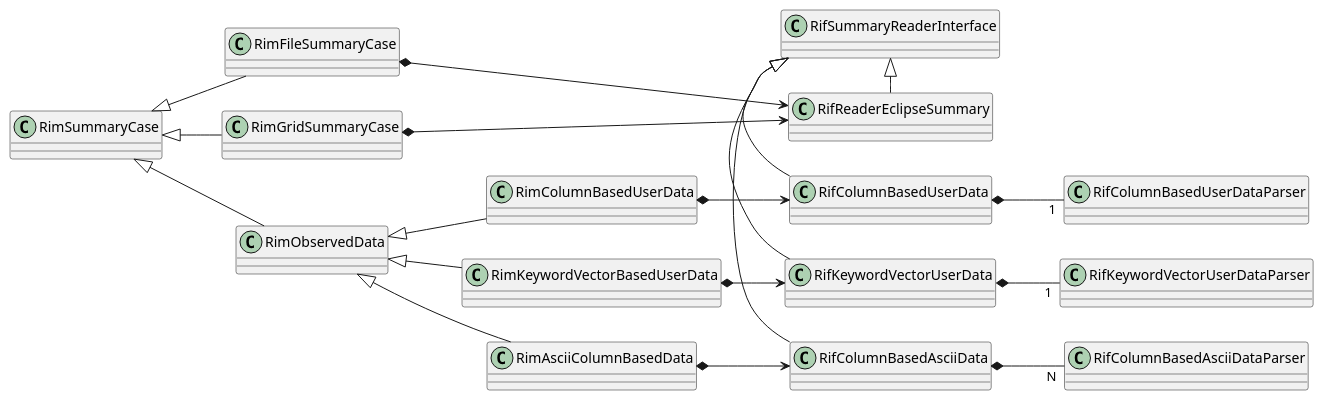
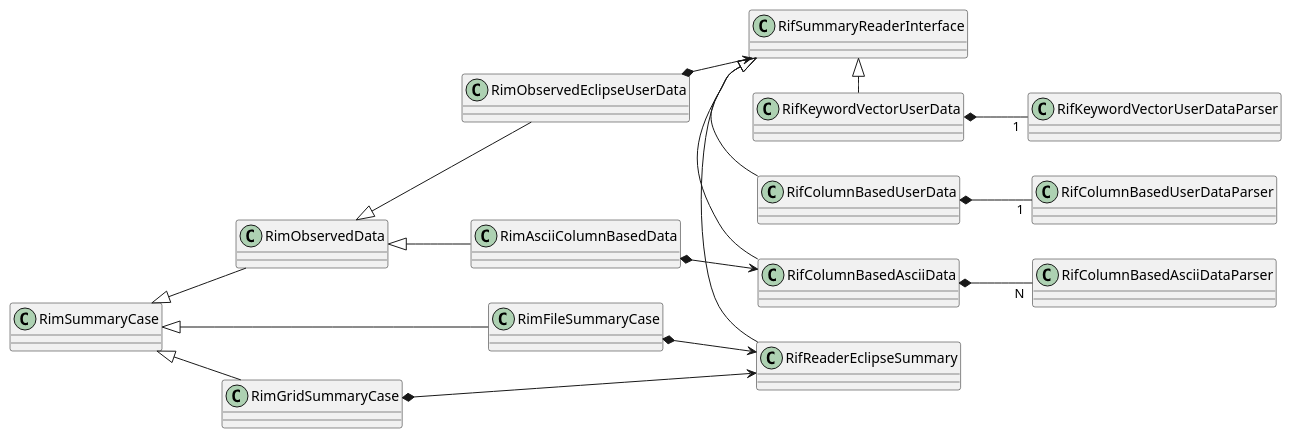
Before and after one commit to OPM/ResInsight: the diagram in doc/observed_data.plantuml, drawn with PlantUML.

Commit message:
Update UML for observed data

```diff
--- a/doc/observed_data.plantuml
+++ b/doc/observed_data.plantuml
@@ -1,29 +1,28 @@
 @startuml
 left to right direction
 
 
 RifSummaryReaderInterface <|- RifReaderEclipseSummary
 RifSummaryReaderInterface <|- RifColumnBasedAsciiData
 RifSummaryReaderInterface <|- RifColumnBasedUserData
 RifSummaryReaderInterface <|- RifKeywordVectorUserData
 
 RifColumnBasedAsciiData *-- "N" RifColumnBasedAsciiDataParser
 RifColumnBasedUserData *-- "1" RifColumnBasedUserDataParser
 RifKeywordVectorUserData *-- "1" RifKeywordVectorUserDataParser
 
 RimSummaryCase <|-- RimFileSummaryCase
 RimSummaryCase <|-- RimGridSummaryCase
 RimSummaryCase <|-- RimObservedData
 
+RimObservedData <|-- RimObservedEclipseUserData
 RimObservedData <|-- RimAsciiColumnBasedData
-RimObservedData <|-- RimColumnBasedUserData
-RimObservedData <|-- RimKeywordVectorBasedUserData
 
-RimColumnBasedUserData *--> RifColumnBasedUserData
-RimKeywordVectorBasedUserData *--> RifKeywordVectorUserData
+RimObservedEclipseUserData *--> RifSummaryReaderInterface
+
 RimAsciiColumnBasedData *--> RifColumnBasedAsciiData
 RimFileSummaryCase *--> RifReaderEclipseSummary
 RimGridSummaryCase *--> RifReaderEclipseSummary
 
 
 @enduml
```
